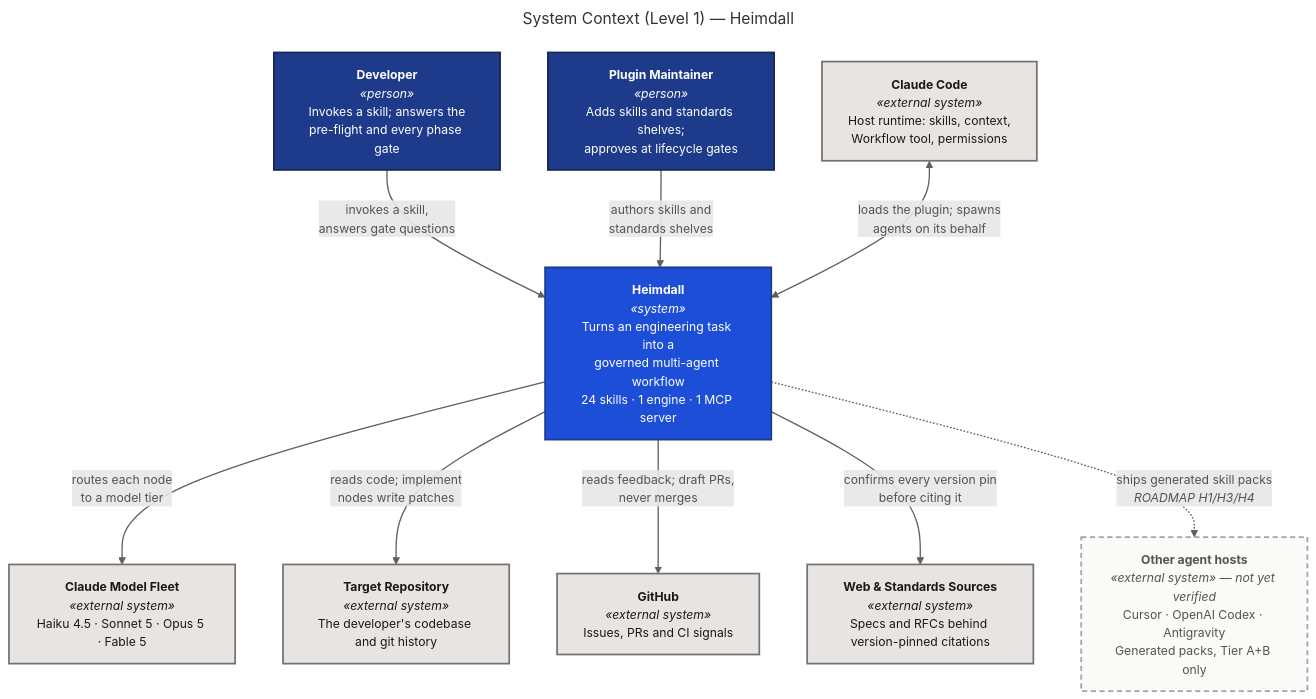
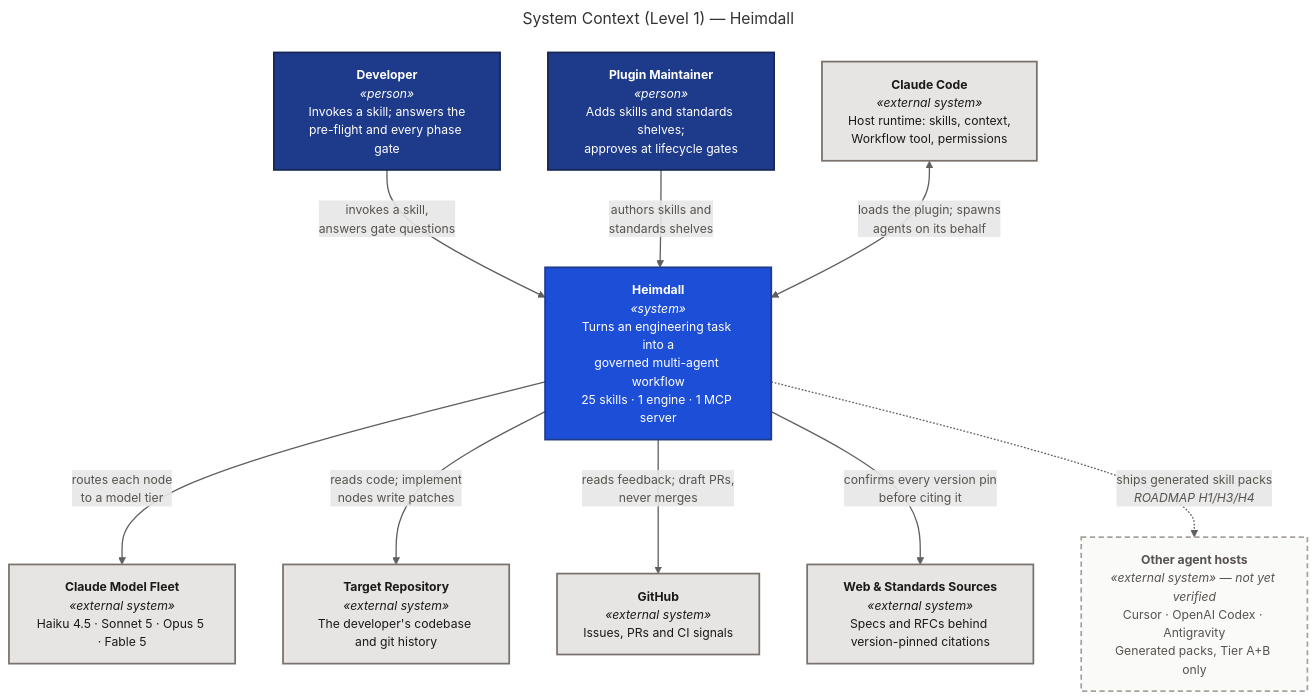
Before and after one commit to santapong/Proof: the diagram in docs/c4/diagrams/src/context.mmd, drawn with Mermaid. The commit also changed 23 other files, not shown here.

First line of the commit message:
Docs + diagrams: de-stale the whole surface to the 25-skill fleet

```diff
--- a/docs/c4/diagrams/src/context.mmd
+++ b/docs/c4/diagrams/src/context.mmd
@@ -1,35 +1,35 @@
 ---
 title: "System Context (Level 1) — Heimdall"
 ---
 %%{init: {"flowchart": {"curve": "basis", "nodeSpacing": 55, "rankSpacing": 70}, "themeVariables": {"fontFamily": "Segoe UI, Helvetica, Arial, sans-serif", "fontSize": "14px"}}}%%
 flowchart TB
     dev["<b>Developer</b><br/><i>«person»</i><br/>Invokes a skill; answers the<br/>pre-flight and every phase gate"]
     maint["<b>Plugin Maintainer</b><br/><i>«person»</i><br/>Adds skills and standards shelves;<br/>approves at lifecycle gates"]
 
-    heimdall["<b>Heimdall</b><br/><i>«system»</i><br/>Turns an engineering task into a<br/>governed multi-agent workflow<br/>24 skills · 1 engine · 1 MCP server"]
+    heimdall["<b>Heimdall</b><br/><i>«system»</i><br/>Turns an engineering task into a<br/>governed multi-agent workflow<br/>25 skills · 1 engine · 1 MCP server"]
 
     cc["<b>Claude Code</b><br/><i>«external system»</i><br/>Host runtime: skills, context,<br/>Workflow tool, permissions"]
     fleet["<b>Claude Model Fleet</b><br/><i>«external system»</i><br/>Haiku 4.5 · Sonnet 5 · Opus 5 · Fable 5"]
     repo["<b>Target Repository</b><br/><i>«external system»</i><br/>The developer's codebase and git history"]
     forge["<b>GitHub</b><br/><i>«external system»</i><br/>Issues, PRs and CI signals"]
     web["<b>Web &amp; Standards Sources</b><br/><i>«external system»</i><br/>Specs and RFCs behind version-pinned citations"]
     hosts["<b>Other agent hosts</b><br/><i>«external system» — not yet verified</i><br/>Cursor · OpenAI Codex · Antigravity<br/>Generated packs, Tier A+B only"]
 
     dev -- "invokes a skill,<br/>answers gate questions" --> heimdall
     maint -- "authors skills and<br/>standards shelves" --> heimdall
     cc <-- "loads the plugin; spawns<br/>agents on its behalf" --> heimdall
     heimdall -- "routes each node<br/>to a model tier" --> fleet
     heimdall -- "reads code; implement<br/>nodes write patches" --> repo
     heimdall -- "reads feedback; draft PRs,<br/>never merges" --> forge
     heimdall -- "confirms every version pin<br/>before citing it" --> web
     heimdall -. "ships generated skill packs<br/><i>ROADMAP H1/H3/H4</i>" .-> hosts
 
     classDef person fill:#1E3A8A,stroke:#172554,stroke-width:2px,color:#fff
     classDef system fill:#1D4ED8,stroke:#1E3A8A,stroke-width:2px,color:#fff
     classDef ext fill:#E7E5E4,stroke:#78716C,stroke-width:2px,color:#1C1917
     classDef planned fill:#FAFAF9,stroke:#A8A29E,stroke-width:2px,stroke-dasharray:6 4,color:#57534E
     class dev,maint person
     class heimdall system
     class cc,fleet,repo,forge,web ext
     class hosts planned
     linkStyle default stroke:#5F5F5F,stroke-width:1.5px,color:#57534E
```
